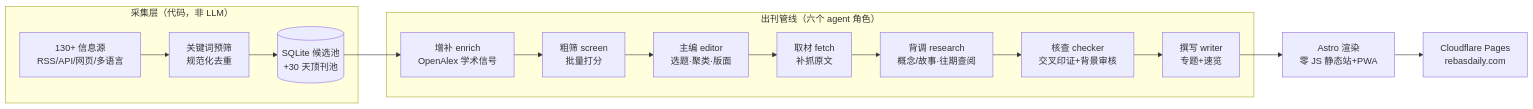
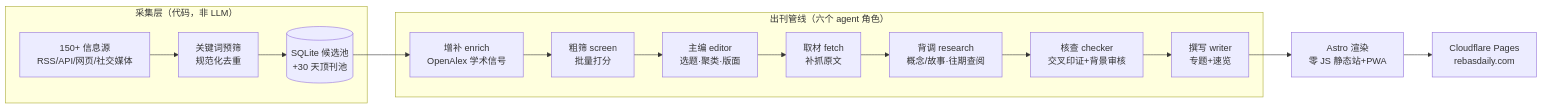
The diagram in README.md (Rebas9512/rebas-daily), drawn with Mermaid before and after one commit. The commit also changed other lines of this file and 2 other files, not shown here.

````diff
--- a/README.md
+++ b/README.md
@@ -28,10 +28,10 @@
 ```mermaid
 flowchart LR
     subgraph 采集层["采集层（代码，非 LLM）"]
-        A[130+ 信息源<br>RSS/API/网页/多语言] --> B[关键词预筛<br>规范化去重] --> C[(SQLite 候选池<br>+30 天顶刊池)]
+        A[150+ 信息源<br>RSS/API/网页/社交媒体] --> B[关键词预筛<br>规范化去重] --> C[(SQLite 候选池<br>+30 天顶刊池)]
     end
     subgraph 编辑部["出刊管线（六个 agent 角色）"]
         C --> E[增补 enrich<br>OpenAlex 学术信号] --> F[粗筛 screen<br>批量打分] --> G[主编 editor<br>选题·聚类·版面] --> H[取材 fetch<br>补抓原文] --> I[背调 research<br>概念/故事·往期查阅] --> J[核查 checker<br>交叉印证+背景审核] --> K[撰写 writer<br>专题+速览]
     end
     K --> L[Astro 渲染<br>零 JS 静态站+PWA] --> M[Cloudflare Pages<br>rebasdaily.com]
 ```
````
